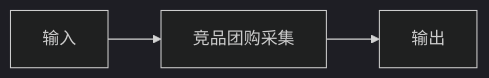
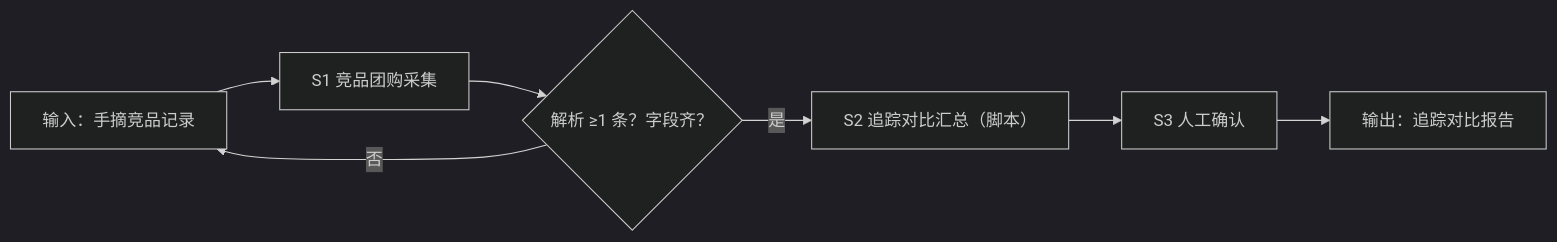
The diagram in workflows/competitor-groupbuy-track-flow/SKILL.md (bangwozuo/groupbuy-designer-zh), drawn with Mermaid (dark theme) before and after one commit. The commit also changed other lines of this file and 76 other files, not shown here.

````diff
--- a/workflows/competitor-groupbuy-track-flow/SKILL.md
+++ b/workflows/competitor-groupbuy-track-flow/SKILL.md
@@ -26,8 +32,9 @@
 ```mermaid
 flowchart LR
-    IN["输入"]
-    S1["竞品团购采集"]
-    OUT["输出"]
-    IN --> S1
-    S1 --> OUT
+    IN["输入：手摘竞品记录"] --> S1["S1 竞品团购采集"]
+    S1 --> Q1{"解析 ≥1 条？字段齐？"}
+    Q1 -- 否 --> IN
+    Q1 -- 是 --> S2["S2 追踪对比汇总（脚本）"]
+    S2 --> S3["S3 人工确认"]
+    S3 --> OUT["输出：追踪对比报告"]
 ```
````
